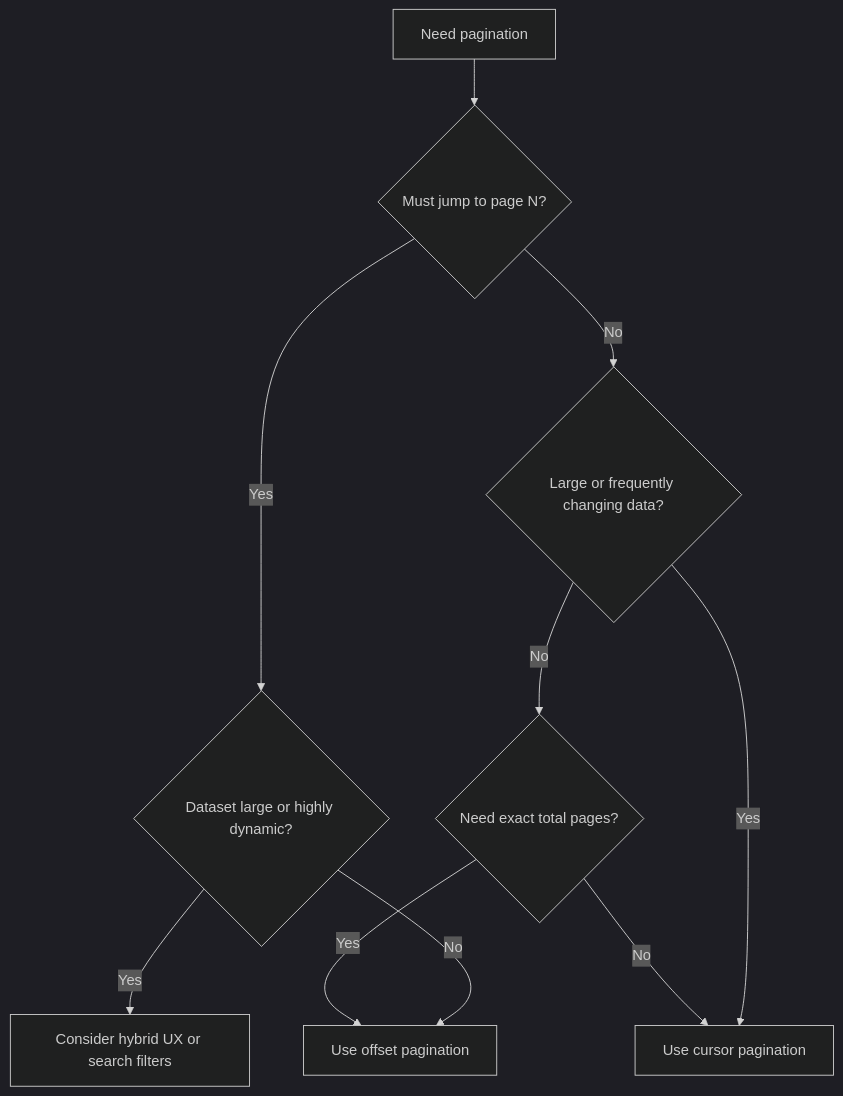
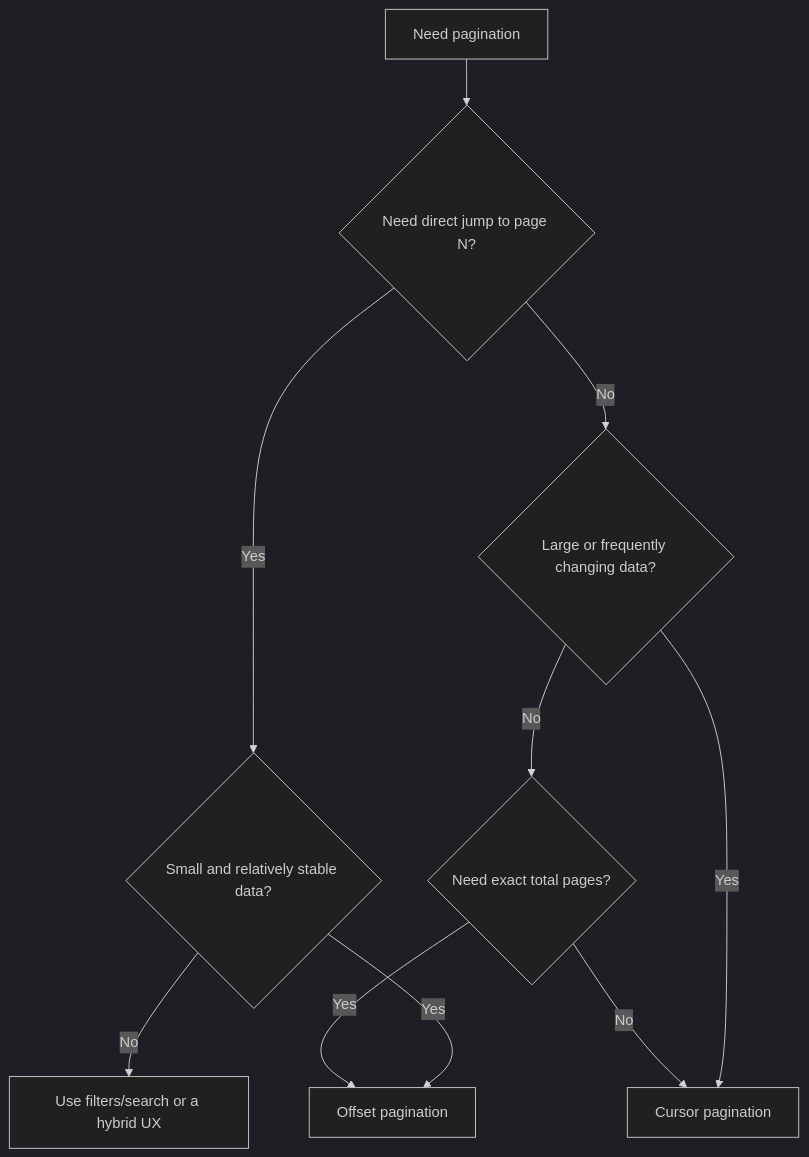
The first of 2 diagrams in src/content/api-design/pagination-offset-cursor.md (AvadhBhalodiya/Interview-Preparation), drawn with Mermaid (dark theme) before and after one commit. The commit also changed other lines of this file and 54 other files, not shown here.

````diff
--- a/src/content/api-design/pagination-offset-cursor.md
+++ b/src/content/api-design/pagination-offset-cursor.md
@@ -21,12 +22,12 @@
 ```mermaid
 flowchart TD
-    A[Need pagination] --> B{Must jump to page N?}
-    B -- Yes --> C{Dataset large or highly dynamic?}
-    C -- No --> D[Use offset pagination]
-    C -- Yes --> E[Consider hybrid UX or search filters]
+    A[Need pagination] --> B{Need direct jump to page N?}
+    B -- Yes --> C{Small and relatively stable data?}
+    C -- Yes --> D[Offset pagination]
+    C -- No --> E[Use filters/search or a hybrid UX]
     B -- No --> F{Large or frequently changing data?}
-    F -- Yes --> G[Use cursor pagination]
+    F -- Yes --> G[Cursor pagination]
     F -- No --> H{Need exact total pages?}
     H -- Yes --> D
     H -- No --> G
 ```
````
